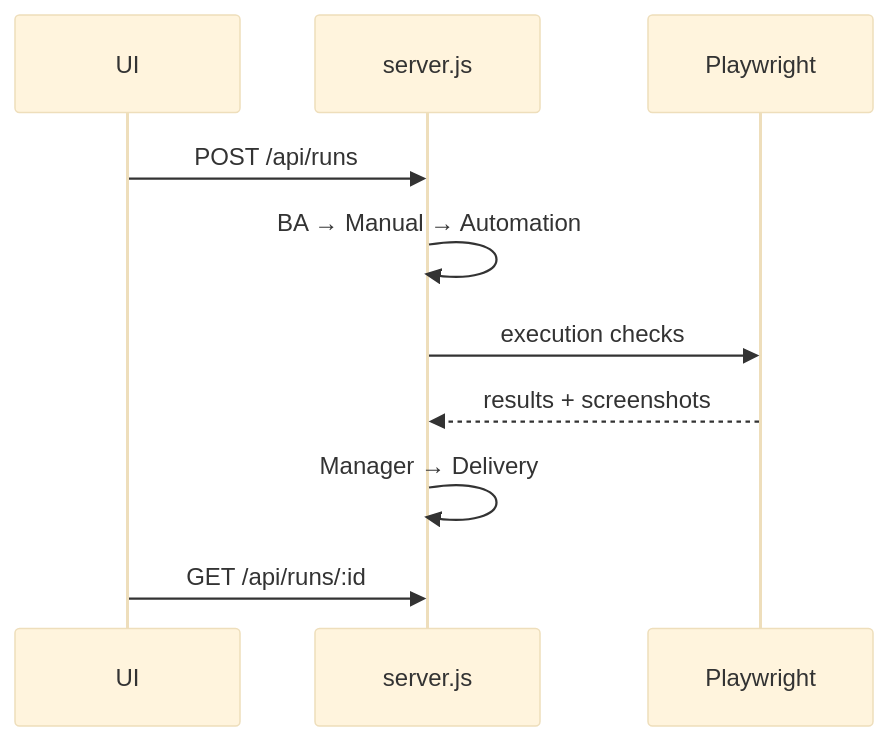
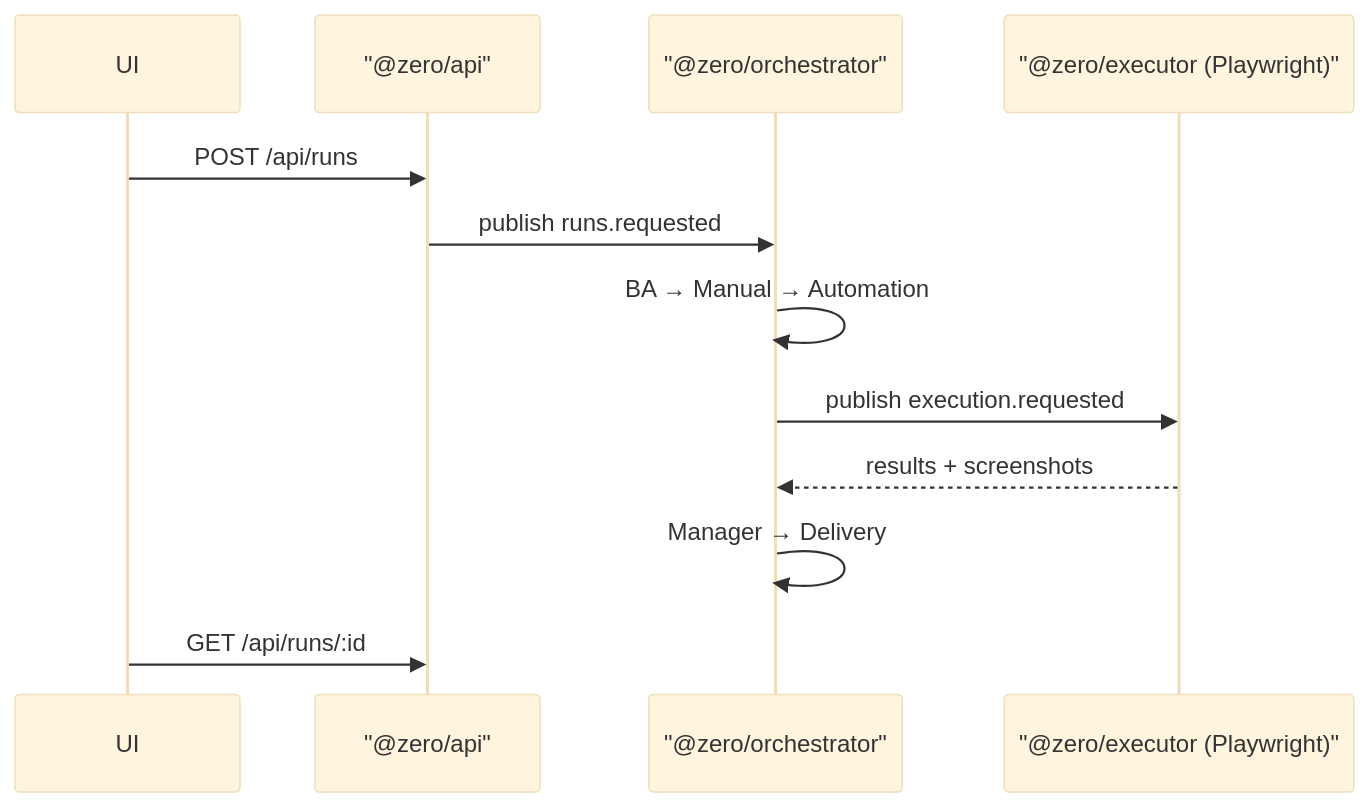
Before and after one commit to WisecraftAI/Zero: the third of 3 diagrams in .agents/skills/zero-diagrams/SKILL.md, drawn with Mermaid (base theme). The commit also changed other lines of this file and 525 other files, not shown here.

Commit message:
fix the zero execution

````diff
--- a/.agents/skills/zero-diagrams/SKILL.md
+++ b/.agents/skills/zero-diagrams/SKILL.md
@@ -68,12 +69,14 @@
 ```mermaid
 sequenceDiagram
   participant U as UI
-  participant S as server.js
-  participant PW as Playwright
-  U->>S: POST /api/runs
-  S->>S: BA → Manual → Automation
-  S->>PW: execution checks
-  PW-->>S: results + screenshots
-  S->>S: Manager → Delivery
-  U->>S: GET /api/runs/:id
+  participant API as "@zero/api"
+  participant O as "@zero/orchestrator"
+  participant PW as "@zero/executor (Playwright)"
+  U->>API: POST /api/runs
+  API->>O: publish runs.requested
+  O->>O: BA → Manual → Automation
+  O->>PW: publish execution.requested
+  PW-->>O: results + screenshots
+  O->>O: Manager → Delivery
+  U->>API: GET /api/runs/:id
 ```
````
